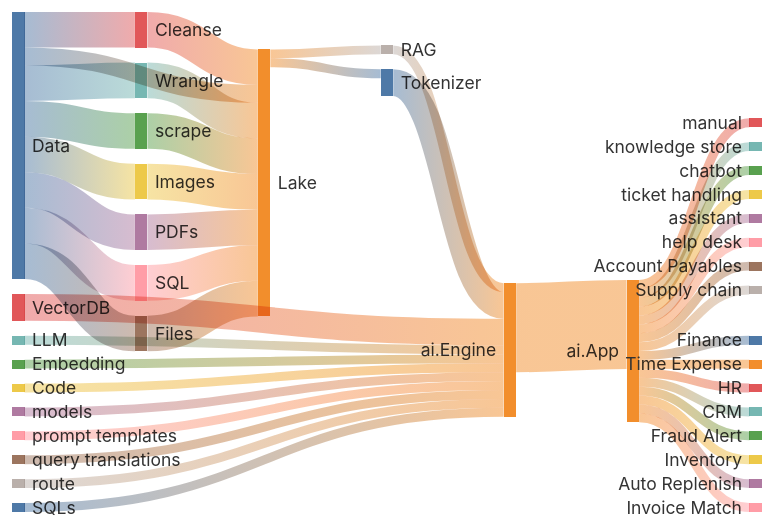
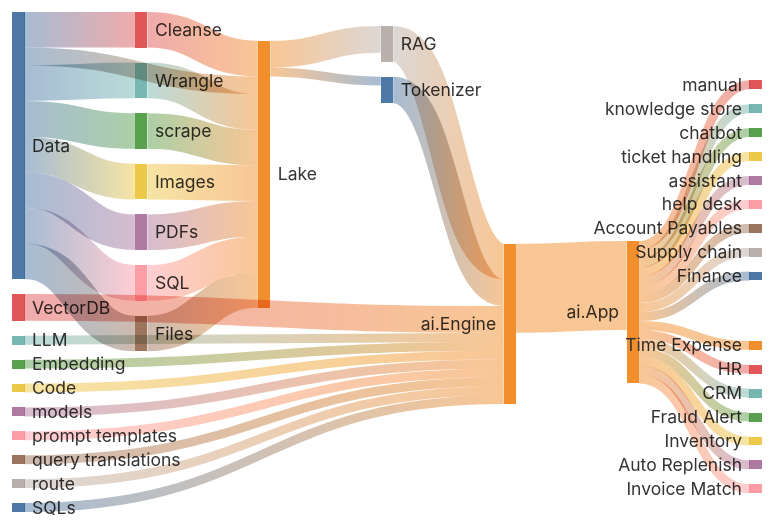
Before and after one commit to AmitXShukla/GenAI: the first of 2 diagrams in README.md, drawn with Mermaid.

````diff
--- a/README.md
+++ b/README.md
@@ -45,57 +45,57 @@
 ```mermaid
 ---
 config:
   sankey:
     showValues: false
 ---
 
 sankey-beta
 
 %% source,target,value
  Data, Lake, 20
  Data, Cleanse, 40
  Data, Wrangle, 40
  Data, scrape, 40
  Data, Images, 40
  Data, PDFs, 40
  Data, SQL, 40
  Data, Files, 40
  Cleanse, Lake, 40
  Wrangle,Lake, 40
  scrape, Lake,40
  Images,Lake, 40
  PDFs, Lake,40
  SQL, Lake,40
  Files, Lake,40
- Lake, RAG, 10
+ Lake, RAG, 30
  Lake, Tokenizer, 10
- RAG, ai.Engine, 10
+ RAG, ai.Engine, 40
  Tokenizer, ai.Engine, 30
  VectorDB, ai.Engine, 30
  LLM, ai.Engine, 10
  Embedding, ai.Engine, 10
  Code, ai.Engine, 10
  models, ai.Engine, 10
  prompt templates, ai.Engine, 10
  query translations, ai.Engine, 10
  route, ai.Engine, 10
  SQLs, ai.Engine, 10
  ai.Engine, ai.App, 100
  ai.App, manual, 10
  ai.App, knowledge store, 10
  ai.App, chatbot, 10
  ai.App, ticket handling, 10
  ai.App, assistant, 10
  ai.App, help desk, 10
  ai.App, Account Payables, 10
  ai.App, Supply chain, 10
  ai.App, Finance, 10
  ai.App, Time Expense, 10
  ai.App, HR, 10
  ai.App, CRM, 10
  ai.App, Fraud Alert, 10
  ai.App, Inventory, 10
  ai.App, Auto Replenish, 10
  ai.App, Invoice Match, 10
 
 ```
````
